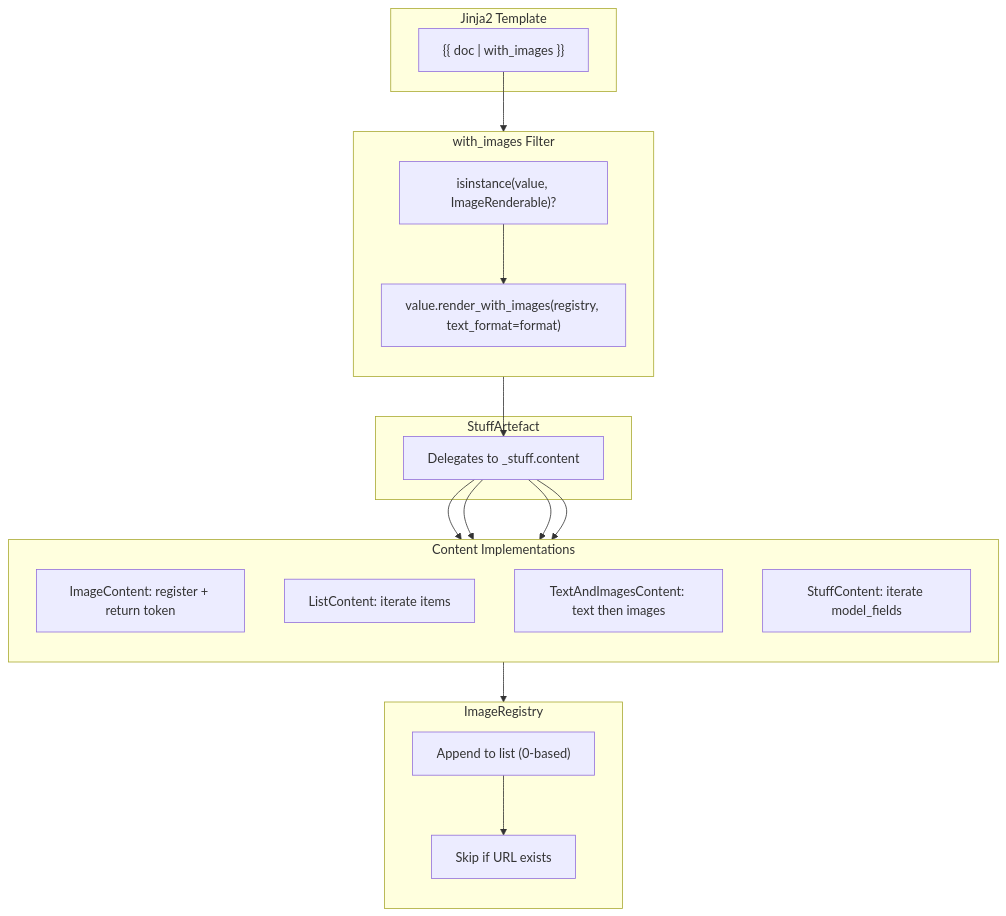
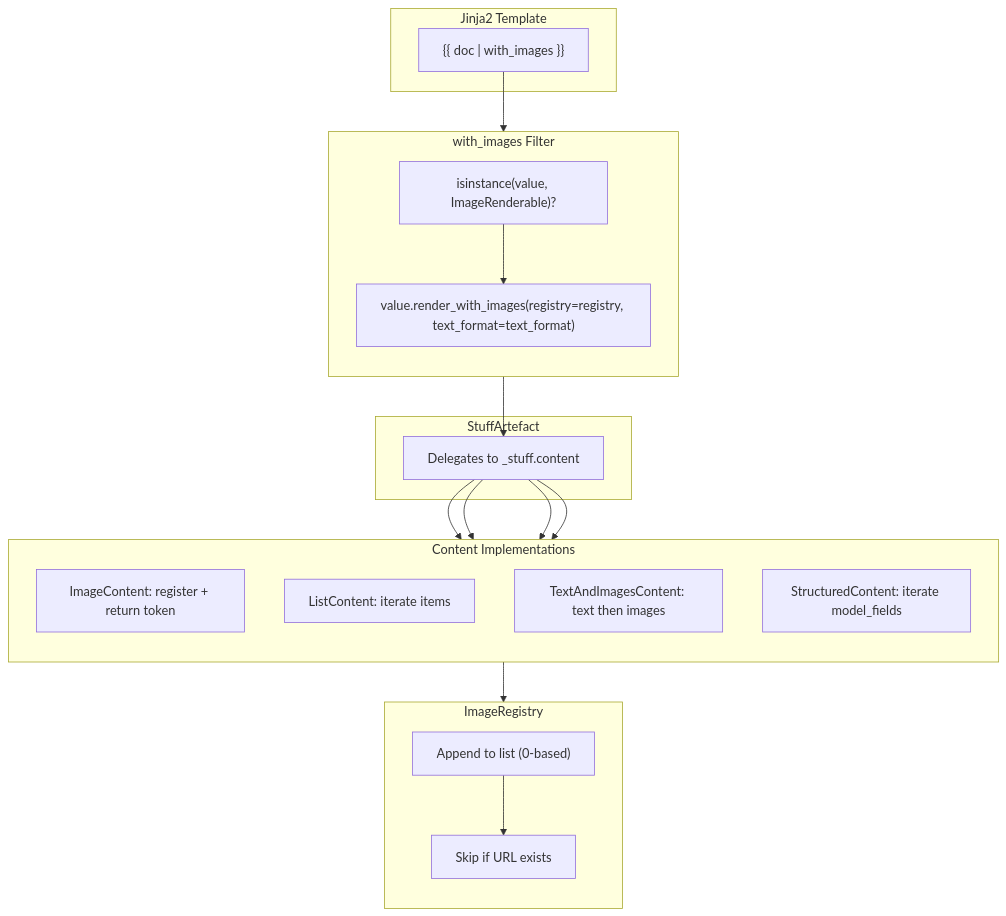
Before and after one commit to Pipelex/pipelex: the diagram in docs/under-the-hood/stuffartefact-and-image-rendering.md, drawn with Mermaid. The commit also changed other lines of this file and 15 other files, not shown here.

````diff
--- a/docs/under-the-hood/stuffartefact-and-image-rendering.md
+++ b/docs/under-the-hood/stuffartefact-and-image-rendering.md
@@ -58,37 +58,37 @@
 ```mermaid
 flowchart TB
     subgraph TEMPLATE["Jinja2 Template"]
         VAR["{{ doc | with_images }}"]
     end
 
     subgraph FILTER["with_images Filter"]
         direction TB
         CHECK["isinstance(value, ImageRenderable)?"]
-        CALL["value.render_with_images(registry, text_format=format)"]
+        CALL["value.render_with_images(registry=registry, text_format=text_format)"]
         CHECK --> CALL
     end
 
     subgraph ARTEFACT["StuffArtefact"]
         DELEGATE["Delegates to _stuff.content"]
     end
 
     subgraph CONTENT["Content Implementations"]
         direction TB
         IMG["ImageContent: register + return token"]
         LIST["ListContent: iterate items"]
         TEXT["TextAndImagesContent: text then images"]
-        BASE["StuffContent: iterate model_fields"]
+        STRUCT["StructuredContent: iterate model_fields"]
     end
 
     subgraph REGISTRY["ImageRegistry"]
         direction TB
         STORE["Append to list (0-based)"]
         DEDUP["Skip if URL exists"]
     end
 
     VAR --> CHECK
     CALL --> DELEGATE
-    DELEGATE --> IMG & LIST & TEXT & BASE
+    DELEGATE --> IMG & LIST & TEXT & STRUCT
     IMG --> STORE
     STORE --> DEDUP
 ```
````
